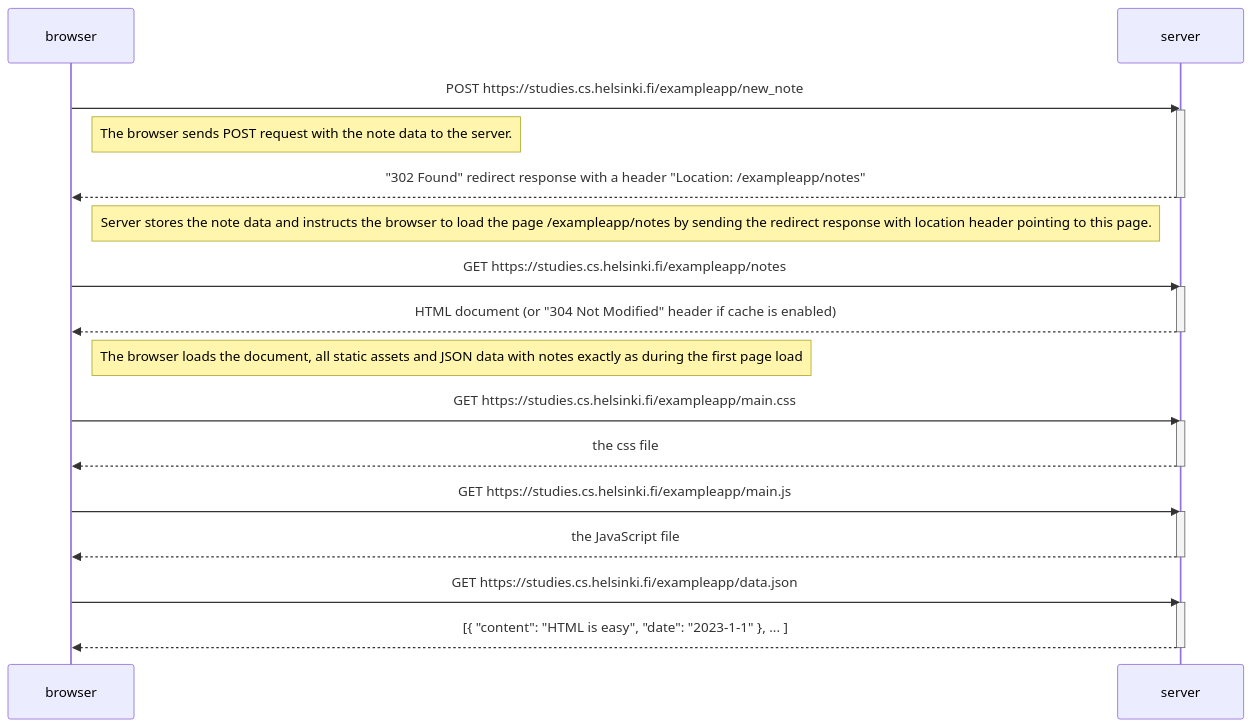
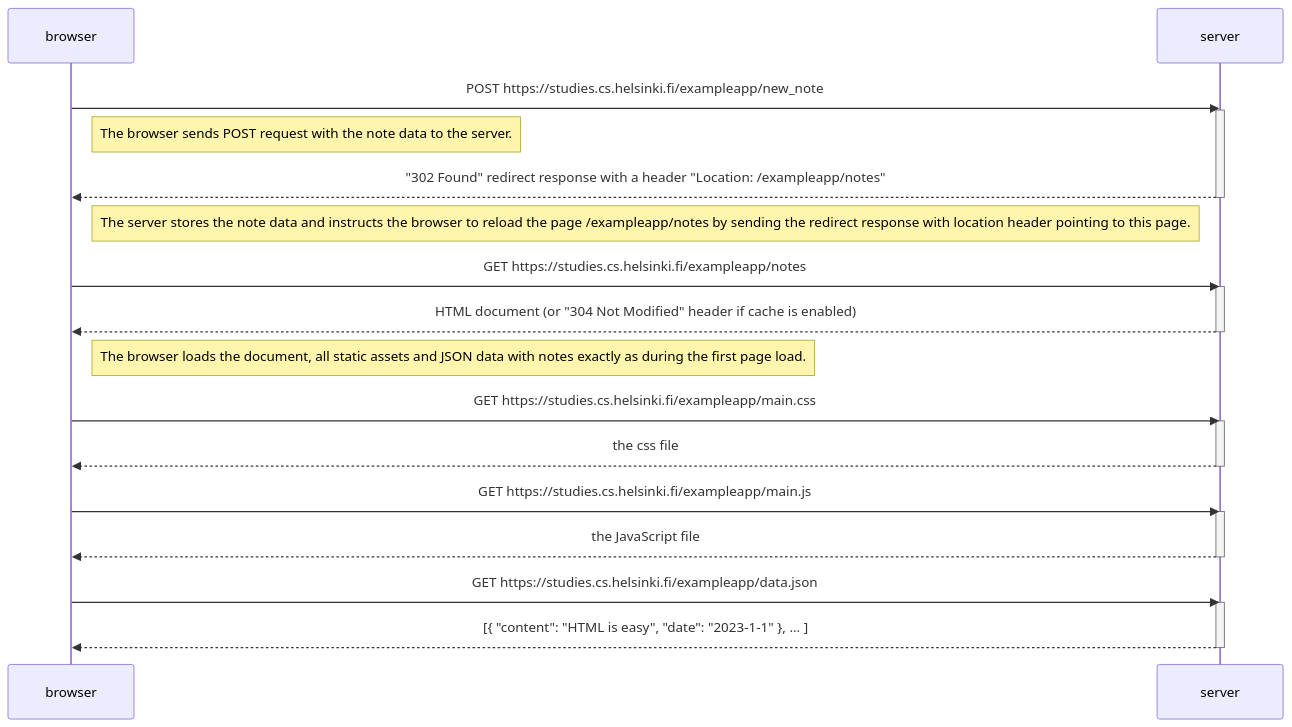
One commit to afilatov1989/fullstackopen changed the diagram in part0/diagram_tasks.md. Above: the diagram before and after it, drawn with Mermaid.

Commit message:
Task 0.4 - typos fixes

````diff
--- a/part0/diagram_tasks.md
+++ b/part0/diagram_tasks.md
@@ -3,37 +3,37 @@
 ```mermaid
 sequenceDiagram
     participant browser
     participant server
 
     browser->>server: POST https://studies.cs.helsinki.fi/exampleapp/new_note
     activate server
 
     Note right of browser: The browser sends POST request with the note data to the server.
 
     server-->>browser: "302 Found" redirect response with a header "Location: /exampleapp/notes"
     deactivate server
 
-    Note left of server: Server stores the note data and instructs the browser to load the page /exampleapp/notes by sending the redirect response with location header pointing to this page.
+    Note left of server: The server stores the note data and instructs the browser to reload the page /exampleapp/notes by sending the redirect response with location header pointing to this page.
 
     browser->>server: GET https://studies.cs.helsinki.fi/exampleapp/notes
     activate server
     server-->>browser: HTML document (or "304 Not Modified" header if cache is enabled)
     deactivate server
 
-    Note right of browser: The browser loads the document, all static assets and JSON data with notes exactly as during the first page load
+    Note right of browser: The browser loads the document, all static assets and JSON data with notes exactly as during the first page load.
 
     browser->>server: GET https://studies.cs.helsinki.fi/exampleapp/main.css
     activate server
     server-->>browser: the css file
     deactivate server
 
     browser->>server: GET https://studies.cs.helsinki.fi/exampleapp/main.js
     activate server
     server-->>browser: the JavaScript file
     deactivate server
 
     browser->>server: GET https://studies.cs.helsinki.fi/exampleapp/data.json
     activate server
     server-->>browser: [{ "content": "HTML is easy", "date": "2023-1-1" }, ... ]
     deactivate server
 ```
````
